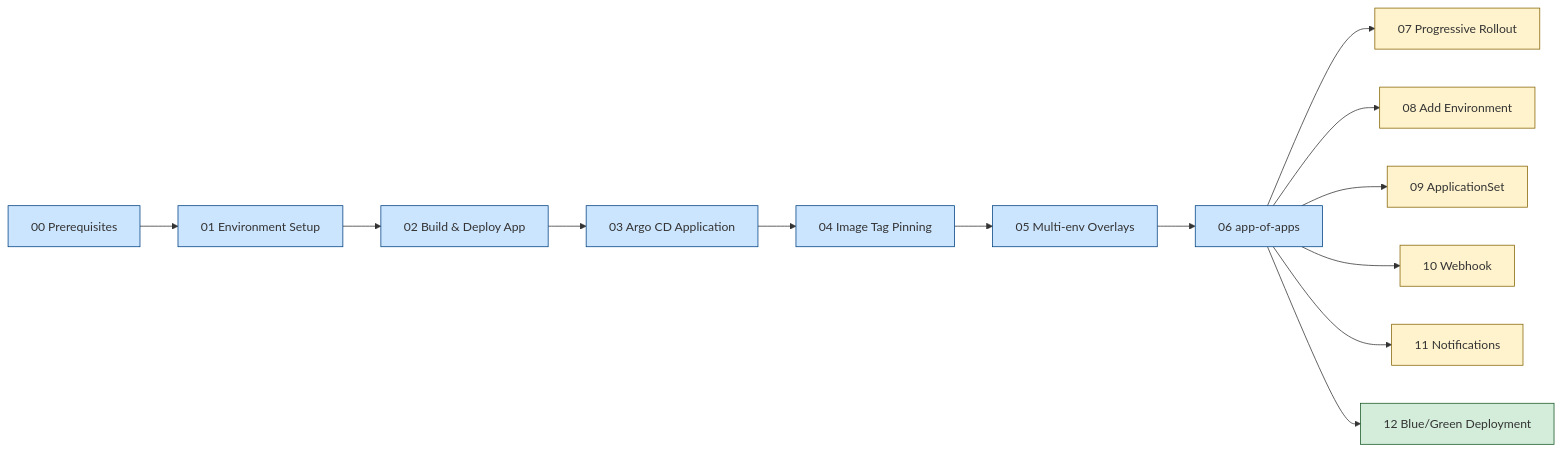
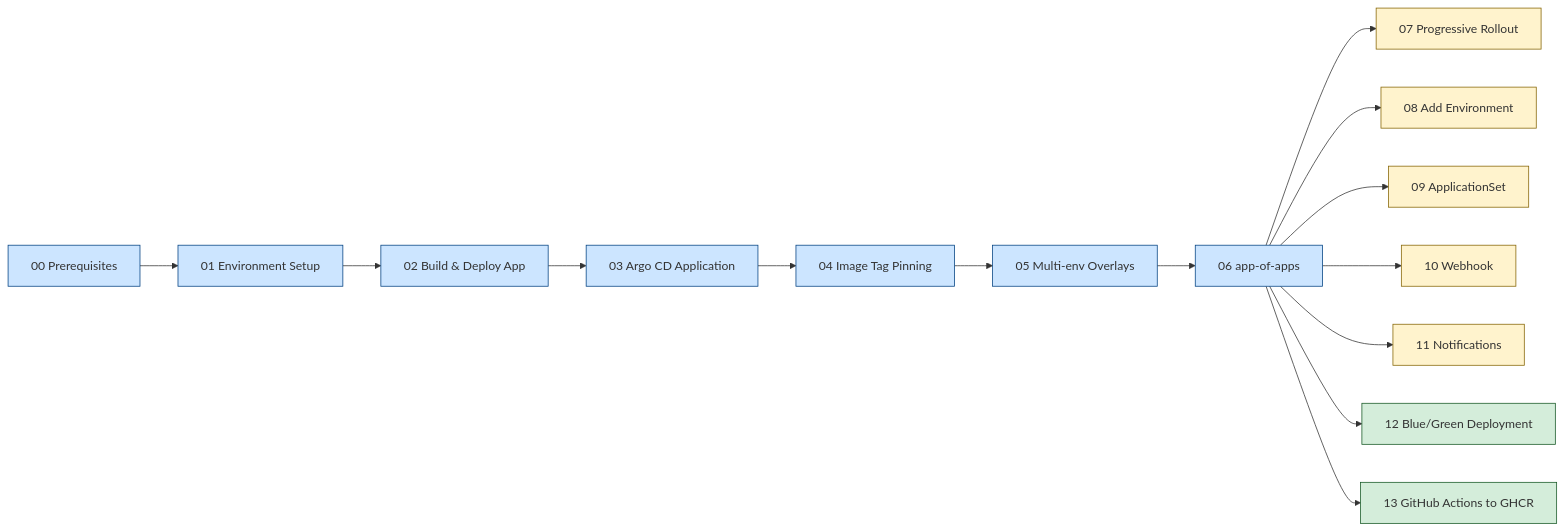
Before and after one commit to Higashi-Kota/argocd-handson-demo: the first of 2 diagrams in README.md, drawn with Mermaid. The commit also changed other lines of this file and 4 other files, not shown here.

````diff
--- a/README.md
+++ b/README.md
@@ -17,24 +17,25 @@
 ```mermaid
 flowchart LR
     Pre[00 Prerequisites] --> Env[01 Environment Setup]
     Env --> Build[02 Build & Deploy App]
     Build --> App[03 Argo CD Application]
     App --> Pin[04 Image Tag Pinning]
     Pin --> Multi[05 Multi-env Overlays]
     Multi --> Root[06 app-of-apps]
 
     Root --> Adv1[07 Progressive Rollout]
     Root --> Adv2[08 Add Environment]
     Root --> Adv3[09 ApplicationSet]
     Root --> Adv4[10 Webhook]
     Root --> Adv5[11 Notifications]
 
     Root --> BG[12 Blue/Green Deployment]
+    Root --> CI[13 GitHub Actions to GHCR]
 
     classDef core fill:#cce5ff,stroke:#004080
     classDef adv fill:#fff3cd,stroke:#856404
     classDef scenario fill:#d4edda,stroke:#155724
     class Pre,Env,Build,App,Pin,Multi,Root core
     class Adv1,Adv2,Adv3,Adv4,Adv5 adv
-    class BG scenario
+    class BG,CI scenario
 ```
````
